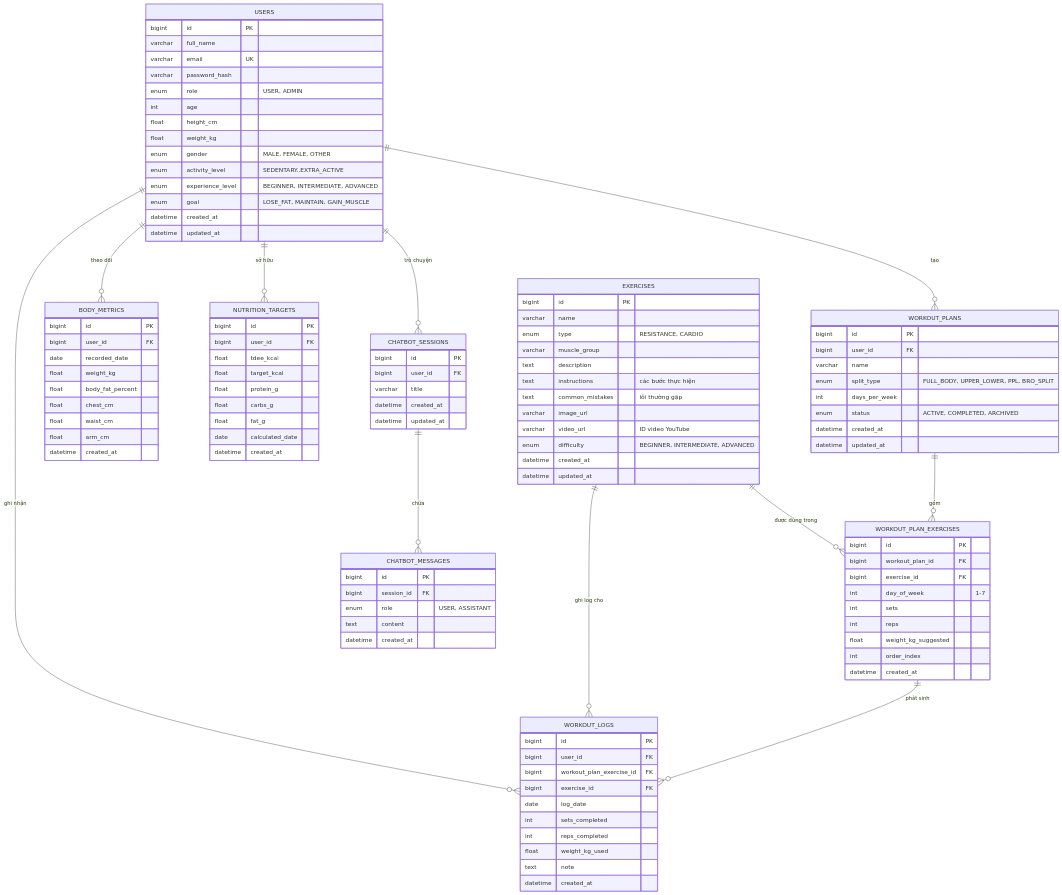
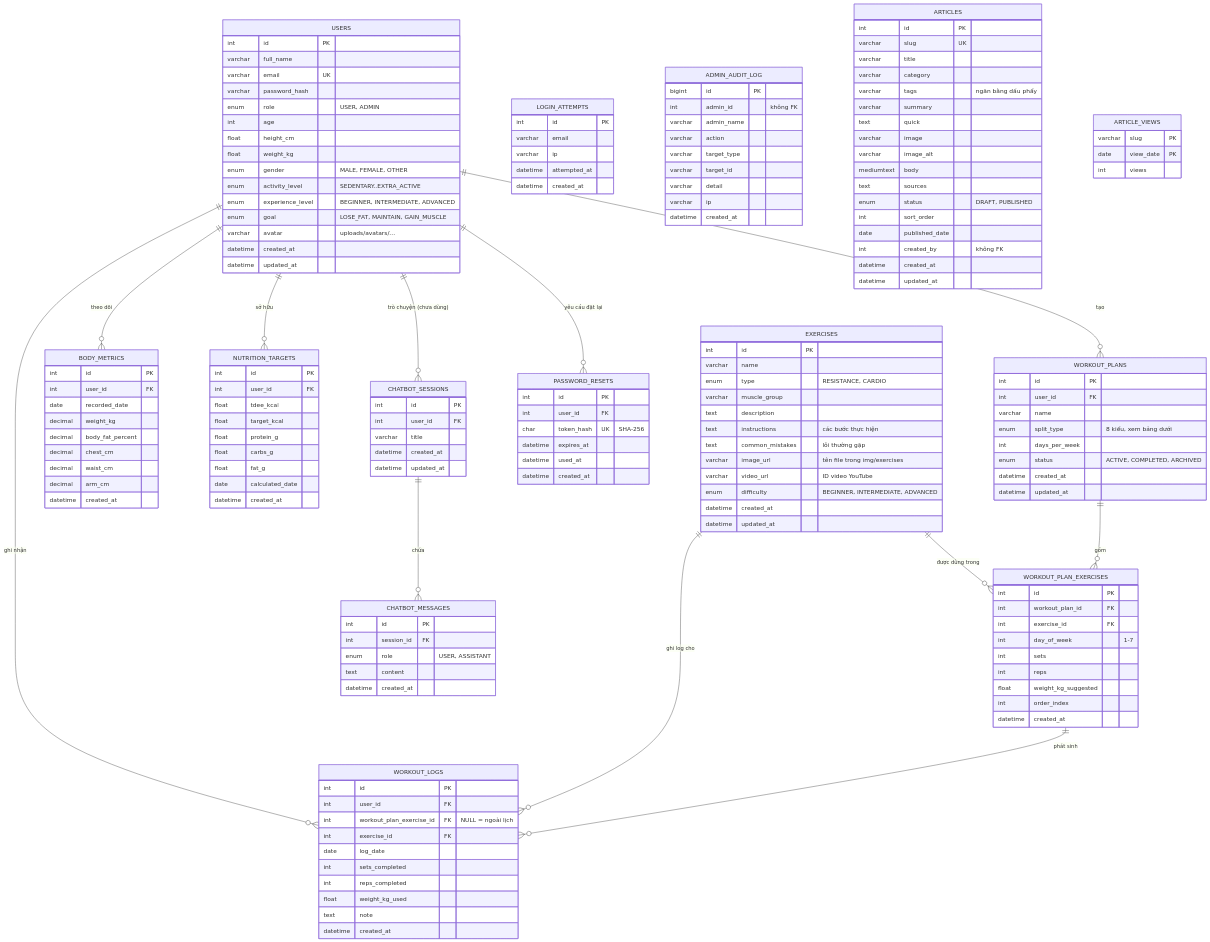
Before and after one commit to nguyenvthanh1646-commits/gymsmart: the diagram in docs/ERD.md, drawn with Mermaid. The commit also changed other lines of this file and 5 other files, not shown here.

First line of the commit message:
docs: dọn dấu vết gộp nhánh, cập nhật TASKS/ERD/API_SPEC theo code thật

````diff
--- a/docs/ERD.md
+++ b/docs/ERD.md
@@ -16,7 +18,8 @@
     USERS ||--o{ WORKOUT_LOGS : "ghi nhận"
     USERS ||--o{ BODY_METRICS : "theo dõi"
     USERS ||--o{ NUTRITION_TARGETS : "sở hữu"
-    USERS ||--o{ CHATBOT_SESSIONS : "trò chuyện"
+    USERS ||--o{ CHATBOT_SESSIONS : "trò chuyện (chưa dùng)"
+    USERS ||--o{ PASSWORD_RESETS : "yêu cầu đặt lại"
 
     EXERCISES ||--o{ WORKOUT_PLAN_EXERCISES : "được dùng trong"
     EXERCISES ||--o{ WORKOUT_LOGS : "ghi log cho"
@@ -27,7 +30,7 @@
     CHATBOT_SESSIONS ||--o{ CHATBOT_MESSAGES : "chứa"
 
     USERS {
-        bigint id PK
+        int id PK
         varchar full_name
         varchar email UK
         varchar password_hash
@@ -39,19 +42,20 @@
         enum activity_level "SEDENTARY..EXTRA_ACTIVE"
         enum experience_level "BEGINNER, INTERMEDIATE, ADVANCED"
         enum goal "LOSE_FAT, MAINTAIN, GAIN_MUSCLE"
+        varchar avatar "uploads/avatars/..."
         datetime created_at
         datetime updated_at
     }
 
     EXERCISES {
-        bigint id PK
+        int id PK
         varchar name
         enum type "RESISTANCE, CARDIO"
         varchar muscle_group
         text description
         text instructions "các bước thực hiện"
         text common_mistakes "lỗi thường gặp"
-        varchar image_url
+        varchar image_url "tên file trong img/exercises"
         varchar video_url "ID video YouTube"
         enum difficulty "BEGINNER, INTERMEDIATE, ADVANCED"
         datetime created_at
@@ -59,10 +63,10 @@
     }
 
     WORKOUT_PLANS {
-        bigint id PK
-        bigint user_id FK
+        int id PK
+        int user_id FK
         varchar name
-        enum split_type "FULL_BODY, UPPER_LOWER, PPL, BRO_SPLIT"
+        enum split_type "8 kiểu, xem bảng dưới"
         int days_per_week
         enum status "ACTIVE, COMPLETED, ARCHIVED"
         datetime created_at
@@ -70,9 +74,9 @@
     }
 
     WORKOUT_PLAN_EXERCISES {
-        bigint id PK
-        bigint workout_plan_id FK
-        bigint exercise_id FK
+        int id PK
+        int workout_plan_id FK
+        int exercise_id FK
         int day_of_week "1-7"
         int sets
         int reps
@@ -82,10 +86,10 @@
     }
 
     WORKOUT_LOGS {
-        bigint id PK
-        bigint user_id FK
-        bigint workout_plan_exercise_id FK
-        bigint exercise_id FK
+        int id PK
+        int user_id FK
+        int workout_plan_exercise_id FK "NULL = ngoài lịch"
+        int exercise_id FK
         date log_date
         int sets_completed
         int reps_completed
@@ -95,20 +99,20 @@
     }
 
     BODY_METRICS {
-        bigint id PK
-        bigint user_id FK
+        int id PK
+        int user_id FK
         date recorded_date
-        float weight_kg
-        float body_fat_percent
-        float chest_cm
-        float waist_cm
-        float arm_cm
+        decimal weight_kg
+        decimal body_fat_percent
+        decimal chest_cm
+        decimal waist_cm
+        decimal arm_cm
         datetime created_at
     }
 
     NUTRITION_TARGETS {
-        bigint id PK
-        bigint user_id FK
+        int id PK
+        int user_id FK
         float tdee_kcal
         float target_kcal
         float protein_g
@@ -119,18 +123,73 @@
     }
 
     CHATBOT_SESSIONS {
-        bigint id PK
-        bigint user_id FK
+        int id PK
+        int user_id FK
         varchar title
         datetime created_at
         datetime updated_at
     }
 
     CHATBOT_MESSAGES {
-        bigint id PK
-        bigint session_id FK
+        int id PK
+        int session_id FK
         enum role "USER, ASSISTANT"
         text content
         datetime created_at
     }
+
+    PASSWORD_RESETS {
+        int id PK
+        int user_id FK
+        char token_hash UK "SHA-256"
+        datetime expires_at
+        datetime used_at
+        datetime created_at
+    }
+
+    LOGIN_ATTEMPTS {
+        int id PK
+        varchar email
+        varchar ip
+        datetime attempted_at
+        datetime created_at
+    }
+
+    ADMIN_AUDIT_LOG {
+        bigint id PK
+        int admin_id "không FK"
+        varchar admin_name
+        varchar action
+        varchar target_type
+        varchar target_id
+        varchar detail
+        varchar ip
+        datetime created_at
+    }
+
+    ARTICLES {
+        int id PK
+        varchar slug UK
+        varchar title
+        varchar category
+        varchar tags "ngăn bằng dấu phẩy"
+        varchar summary
+        text quick
+        varchar image
+        varchar image_alt
+        mediumtext body
+        text sources
+        enum status "DRAFT, PUBLISHED"
+        int sort_order
+        date published_date
+        int created_by "không FK"
+        datetime created_at
+        datetime updated_at
+    }
+
+    ARTICLE_VIEWS {
+        varchar slug PK
+        date view_date PK
+        int views
+    }
 ```
````
